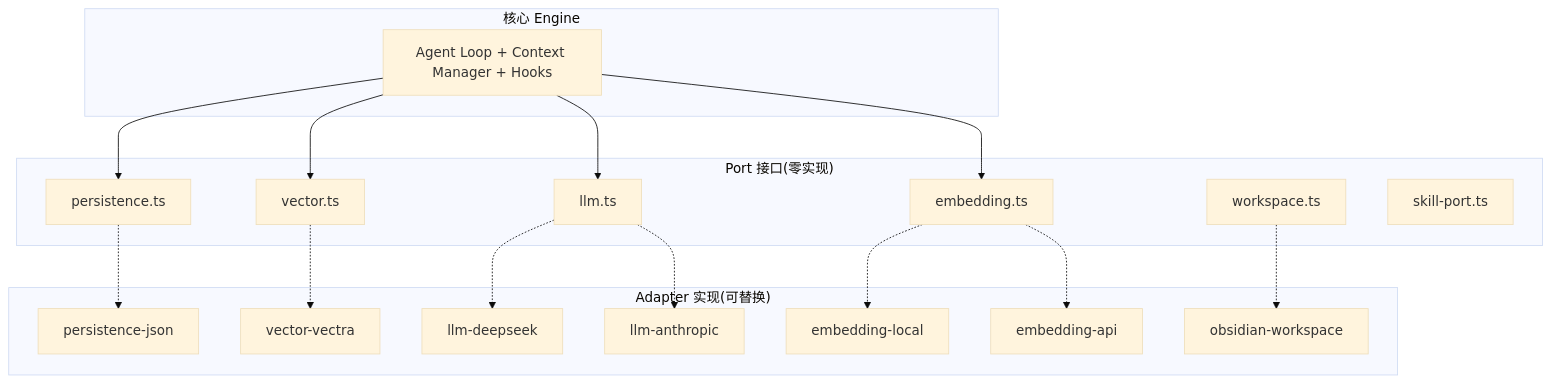
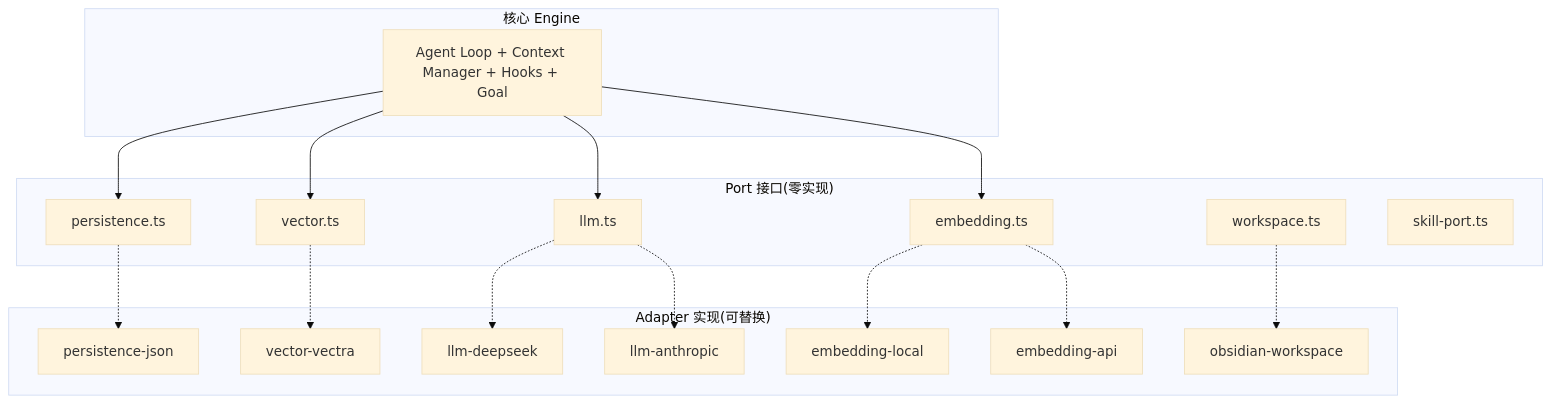
The seventh of 10 diagrams in docs/architecture/overview.md (golddream-y/obsidian-ratel), drawn with Mermaid (base theme) before and after one commit. The commit also changed other lines of this file and 79 other files, not shown here.

Commit message:
release: 0.7.0 — 长期目标 /goal，贴图直接发给当前模型

````diff
--- a/docs/architecture/overview.md
+++ b/docs/architecture/overview.md
@@ -252,38 +257,38 @@
 ```mermaid
 graph TB
     subgraph "核心 Engine"
-        Core["Agent Loop + Context Manager + Hooks"]
+        Core["Agent Loop + Context Manager + Hooks + Goal"]
     end
 
     subgraph "Port 接口(零实现)"
         PP["persistence.ts"]
         PV["vector.ts"]
         PL["llm.ts"]
         PE["embedding.ts"]
         PW["workspace.ts"]
         PS["skill-port.ts"]
     end
 
     subgraph "Adapter 实现(可替换)"
         APJ["persistence-json"]
         AVV["vector-vectra"]
         ALD["llm-deepseek"]
         ALA["llm-anthropic"]
         AEL["embedding-local"]
         AEA["embedding-api"]
         AOW["obsidian-workspace"]
     end
 
     Core --> PP
     Core --> PV
     Core --> PL
     Core --> PE
 
     PP -.-> APJ
     PV -.-> AVV
     PL -.-> ALD
     PL -.-> ALA
     PE -.-> AEL
     PE -.-> AEA
     PW -.-> AOW
 ```
````
